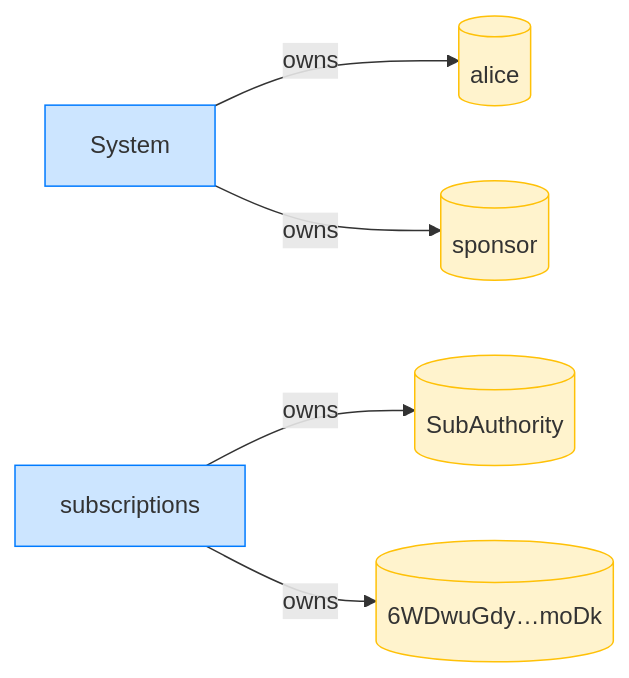
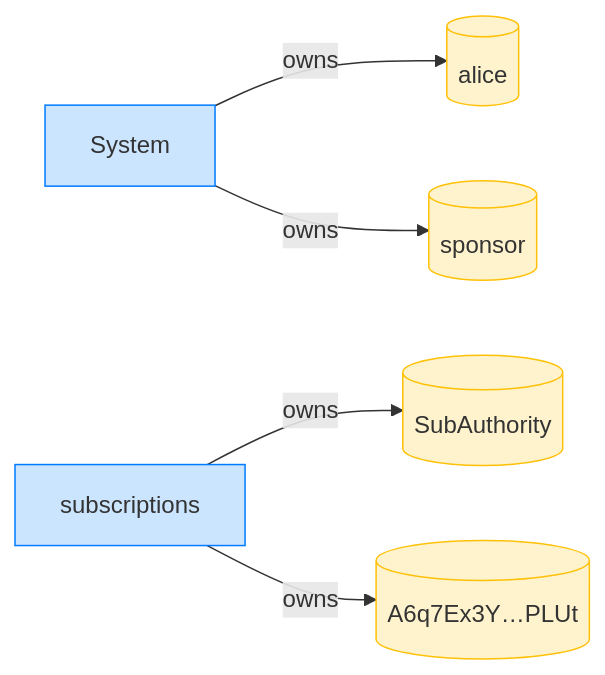
Before and after one commit to cds-rs/subscriptions: the eighth of 8 diagrams in dsl_tests/mallory-cannot-revoke-a-sponsor-funded-delegation.md, drawn with Mermaid. The commit also changed other lines of this file and 224 other files, not shown here.

````diff
--- a/dsl_tests/mallory-cannot-revoke-a-sponsor-funded-delegation.md
+++ b/dsl_tests/mallory-cannot-revoke-a-sponsor-funded-delegation.md
@@ -150,15 +158,15 @@
 ```mermaid
 flowchart LR
     classDef owner fill:#cce5ff,stroke:#007bff;
     classDef account fill:#fff3cd,stroke:#ffc107;
     System[System]:::owner
     alice[(alice)]:::account
     subscriptions[subscriptions]:::owner
     SubAuthority[(SubAuthority)]:::account
-    6WDwuGdy_moDk[("6WDwuGdy…moDk")]:::account
+    A6q7Ex3Y_PLUt[("A6q7Ex3Y…PLUt")]:::account
     sponsor[(sponsor)]:::account
     System -->|owns| alice
     subscriptions -->|owns| SubAuthority
-    subscriptions -->|owns| 6WDwuGdy_moDk
+    subscriptions -->|owns| A6q7Ex3Y_PLUt
     System -->|owns| sponsor
 ```
````
